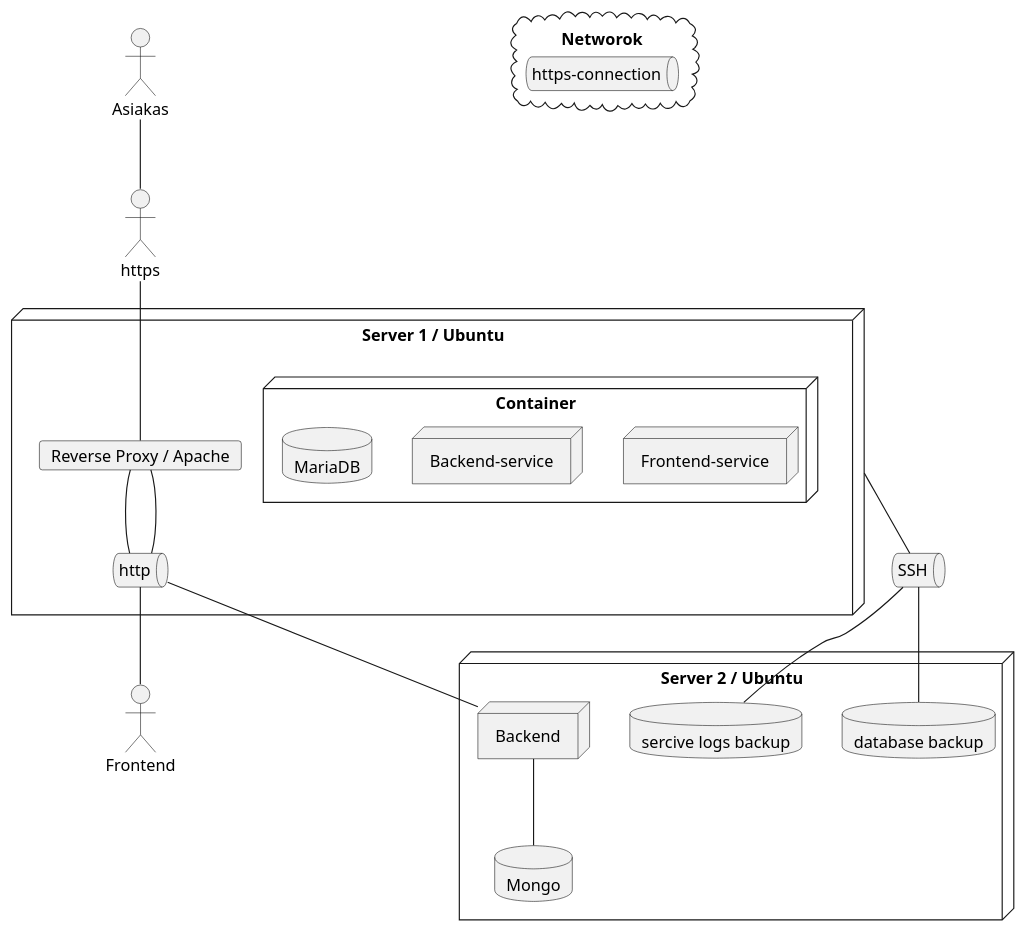
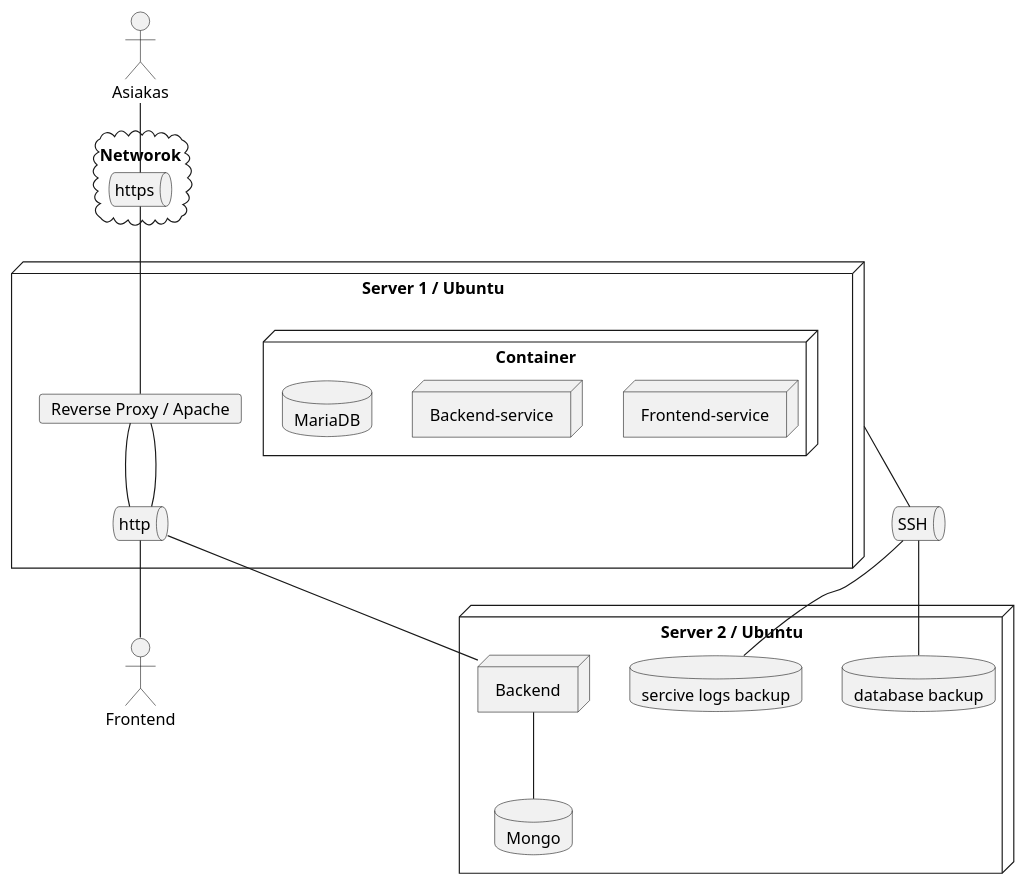
Before and after one commit to ninaleo/ransut-core: the fourth of 5 diagrams in dokumentit/20-Vaatimustenhallinta/vaatimusmaaritely-tiivis.md, drawn with PlantUML.

````diff
--- a/dokumentit/20-Vaatimustenhallinta/vaatimusmaaritely-tiivis.md
+++ b/dokumentit/20-Vaatimustenhallinta/vaatimusmaaritely-tiivis.md
@@ -264,47 +264,47 @@
 ```plantuml
 @startuml
 actor Asiakas
 
 cloud "Networok" as net{
-queue "https-connection"{
+queue "https"{
 }
 }
 
 node "Server 1 / Ubuntu" as csc {
 queue http {
 }
 node Container {
 node "Frontend-service" {
 }
 node "Backend-service" {
 }
 database "MariaDB" {
 }
 }
 card "Reverse Proxy / Apache" as rpa {
 }
 }
 queue SSH {
 }
 node "Server 2 / Ubuntu" as csc2 {
 database "database backup" as dbb {
 }
 database "sercive logs backup" as slb {
 }
 node "Backend" {
 }
 database "Mongo" {
 }
 }
 Asiakas -- https
 https -- rpa
 rpa -- http
 rpa -- http
 Backend -- Mongo
 http -- Backend
 http -- Frontend
 csc -- SSH
 SSH -- slb
 SSH -- dbb
 @enduml
 ```
````
